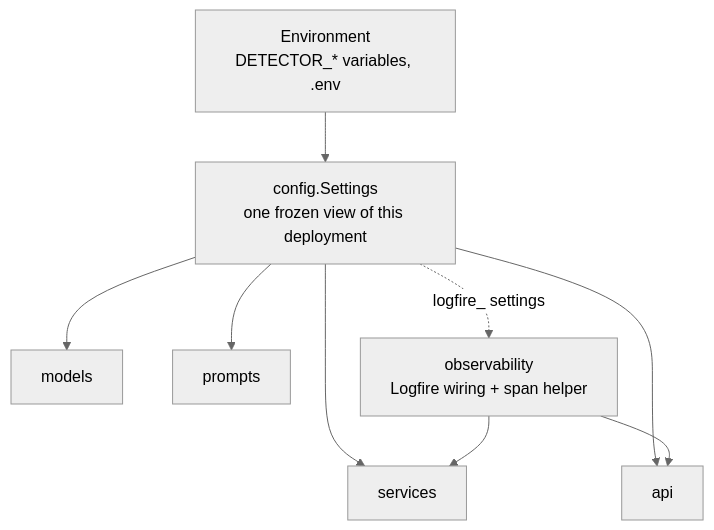
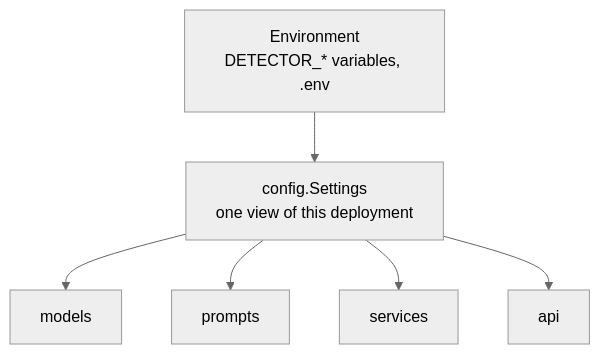
One commit to selvakumarperumal/Trade_Finance_Doc_Mismatch_Detector changed the first of 2 diagrams in backend/Detector/core/README.md. Above: the diagram before and after it, drawn with Mermaid (neutral theme). The commit also changed other lines of this file and 30 other files, not shown here.

````diff
--- a/backend/Detector/core/README.md
+++ b/backend/Detector/core/README.md
@@ -9,11 +9,8 @@
 ```mermaid
 flowchart TD
     ENV["Environment<br/>DETECTOR_* variables, .env"] --> S
-    S["config.Settings<br/>one frozen view of this deployment"] --> M[models]
+    S["config.Settings<br/>one view of this deployment"] --> M[models]
     S --> P[prompts]
     S --> SV[services]
     S --> A[api]
-    O["observability<br/>Logfire wiring + span helper"] --> SV
-    O --> A
-    S -.->|"logfire_ settings"| O
 ```
````
